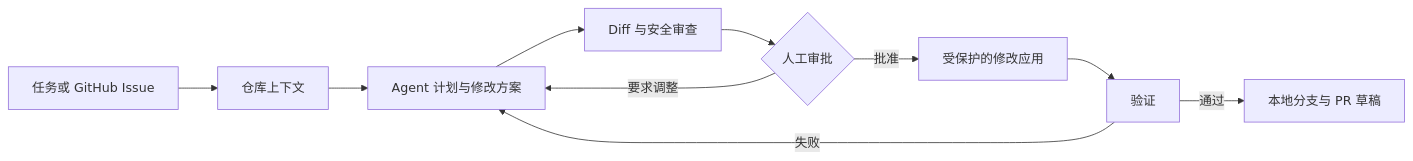
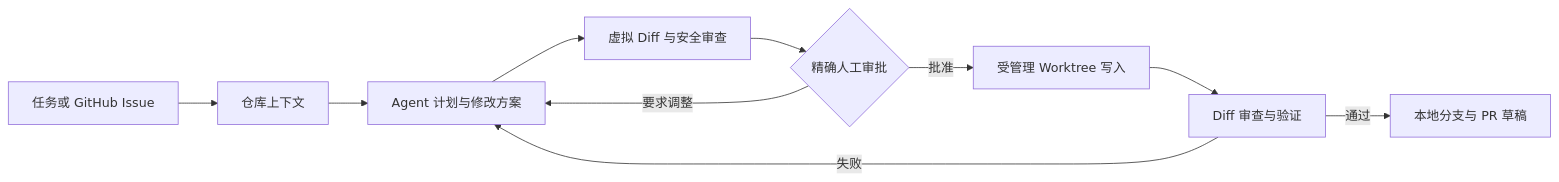
The diagram in docs/README.zh-CN.md (CHOS1N11111/RepoPilot-Agent), drawn with Mermaid before and after one commit. The commit also changed other lines of this file and 23 other files, not shown here.

````diff
--- a/docs/README.zh-CN.md
+++ b/docs/README.zh-CN.md
@@ -27,12 +27,12 @@
 ```mermaid
 flowchart LR
     A[任务或 GitHub Issue] --> B[仓库上下文]
     B --> C[Agent 计划与修改方案]
-    C --> D[Diff 与安全审查]
-    D --> E{人工审批}
-    E -->|批准| F[受保护的修改应用]
+    C --> D[虚拟 Diff 与安全审查]
+    D --> E{精确人工审批}
+    E -->|批准| F[受管理 Worktree 写入]
     E -->|要求调整| C
-    F --> G[验证]
+    F --> G[Diff 审查与验证]
     G -->|失败| C
     G -->|通过| H[本地分支与 PR 草稿]
 ```
````
